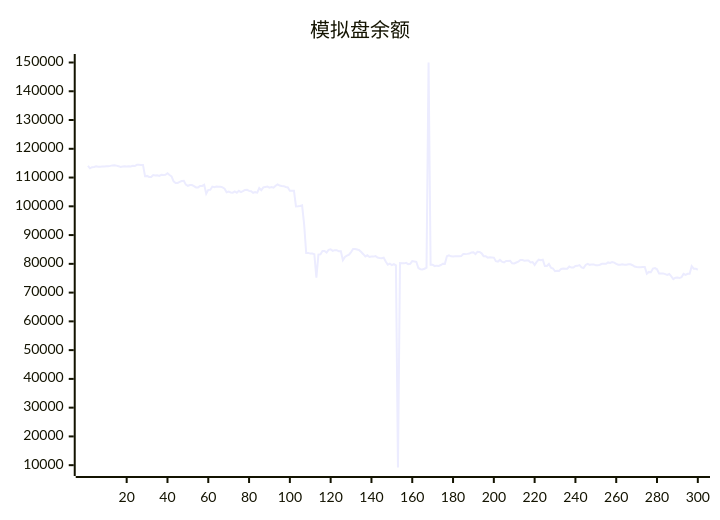
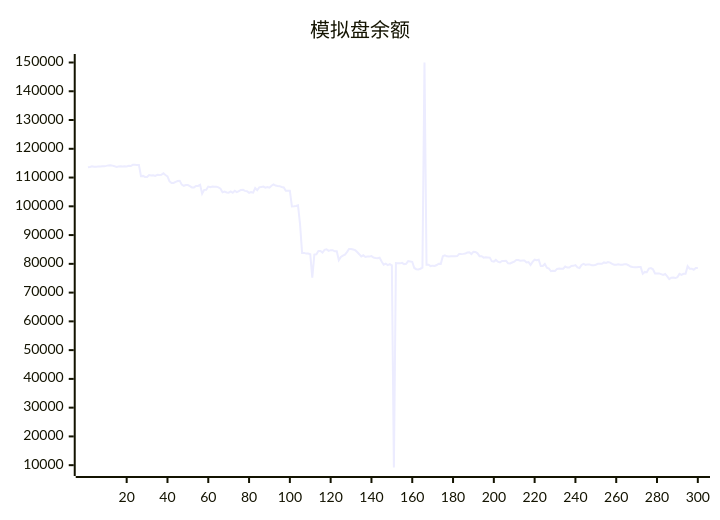
Before and after one commit to aahl/ai-trading: the diagram in README.md, drawn with Mermaid. The commit also changed other lines of this file and 1 other file, not shown here.

````diff
--- a/README.md
+++ b/README.md
@@ -5,5 +5,5 @@
 ```mermaid
 xychart
     title "模拟盘余额"
-    line [114051,113208,113593,113701,113901,113794,113784,113810,113848,113927,113929,114064,114232,114293,114144,113960,113698,113853,113942,113812,113908,113877,114091,113998,114427,114422,114384,114384,110477,110576,110198,110198,110890,110712,110812,110569,110929,110847,110968,111478,110870,110433,108661,108116,108115,108485,108797,108877,107536,107134,107393,107393,107046,106565,106565,107081,107081,107478,104404,105715,105749,106866,106651,106889,106771,106816,106565,106141,104876,105103,104796,104734,105169,104690,105380,104941,105272,105709,105739,105374,105227,104691,104924,104762,106364,105628,106608,106748,106872,106485,106721,106468,107132,107620,107224,107080,107001,106717,106567,105431,105431,105440,99950,100017,100113,100337,93749,83795,83807,83567,83567,83342,75168,83222,83336,84448,84449,83896,84839,85065,84499,84757,84757,84364,84347,81254,82385,82835,83184,84099,85150,85150,85002,84751,84096,83356,82582,82983,82404,82572,82512,82688,82200,82047,81920,82125,80840,79688,80060,79552,79920,79470,9193,80236,80208,80170,80336,79894,80006,80954,80837,80712,78561,78139,78037,78293,78682,150000,79720,79720,79214,79372,79279,79591,80046,79993,82625,82950,82626,82571,82633,82670,82670,82681,83386,83378,83464,83579,83920,84037,83402,84160,84142,83652,82655,82655,82145,82315,82243,82163,80934,80770,81371,80742,80468,80989,80989,81067,80191,80155,80450,80737,81309,81309,81106,81119,81119,80471,80631,79624,80670,81448,81290,81429,79212,79222,79940,78643,78380,77432,77623,77504,78235,78358,78284,78277,79048,78714,78714,79290,79308,79567,78763,78563,79603,79988,79652,79813,79813,79476,79469,79673,79995,80015,80015,80486,80314,80600,80436,79966,79689,79689,79819,79692,79692,79850,79850,79518,79071,78889,78850,78850,78878,78878,76554,77202,77103,78357,78510,78106,76678,76677,76672,76411,76159,76485,75656,74695,75197,75246,75052,75334,76564,76179,76553,76551,79196,78300,78300,77944]
+    line [113593,113701,113901,113794,113784,113810,113848,113927,113929,114064,114232,114293,114144,113960,113698,113853,113942,113812,113908,113877,114091,113998,114427,114422,114384,114384,110477,110576,110198,110198,110890,110712,110812,110569,110929,110847,110968,111478,110870,110433,108661,108116,108115,108485,108797,108877,107536,107134,107393,107393,107046,106565,106565,107081,107081,107478,104404,105715,105749,106866,106651,106889,106771,106816,106565,106141,104876,105103,104796,104734,105169,104690,105380,104941,105272,105709,105739,105374,105227,104691,104924,104762,106364,105628,106608,106748,106872,106485,106721,106468,107132,107620,107224,107080,107001,106717,106567,105431,105431,105440,99950,100017,100113,100337,93749,83795,83807,83567,83567,83342,75168,83222,83336,84448,84449,83896,84839,85065,84499,84757,84757,84364,84347,81254,82385,82835,83184,84099,85150,85150,85002,84751,84096,83356,82582,82983,82404,82572,82512,82688,82200,82047,81920,82125,80840,79688,80060,79552,79920,79470,9193,80236,80208,80170,80336,79894,80006,80954,80837,80712,78561,78139,78037,78293,78682,150000,79720,79720,79214,79372,79279,79591,80046,79993,82625,82950,82626,82571,82633,82670,82670,82681,83386,83378,83464,83579,83920,84037,83402,84160,84142,83652,82655,82655,82145,82315,82243,82163,80934,80770,81371,80742,80468,80989,80989,81067,80191,80155,80450,80737,81309,81309,81106,81119,81119,80471,80631,79624,80670,81448,81290,81429,79212,79222,79940,78643,78380,77432,77623,77504,78235,78358,78284,78277,79048,78714,78714,79290,79308,79567,78763,78563,79603,79988,79652,79813,79813,79476,79469,79673,79995,80015,80015,80486,80314,80600,80436,79966,79689,79689,79819,79692,79692,79850,79850,79518,79071,78889,78850,78850,78878,78878,76554,77202,77103,78357,78510,78106,76678,76677,76672,76411,76159,76485,75656,74695,75197,75246,75052,75334,76564,76179,76553,76551,79196,78300,78300,77944,78531,78531]
 ```
````
